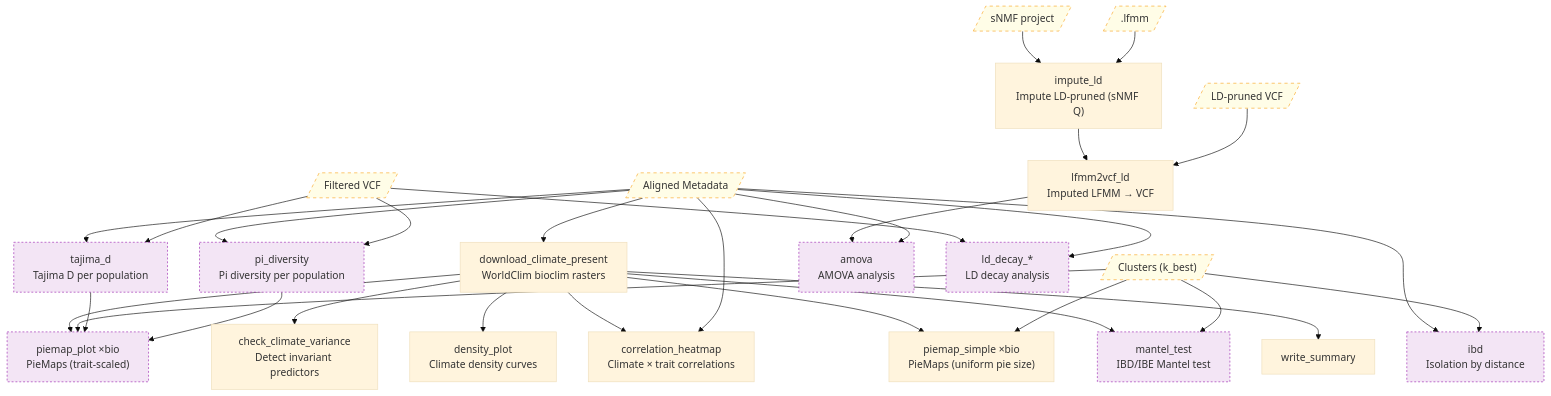
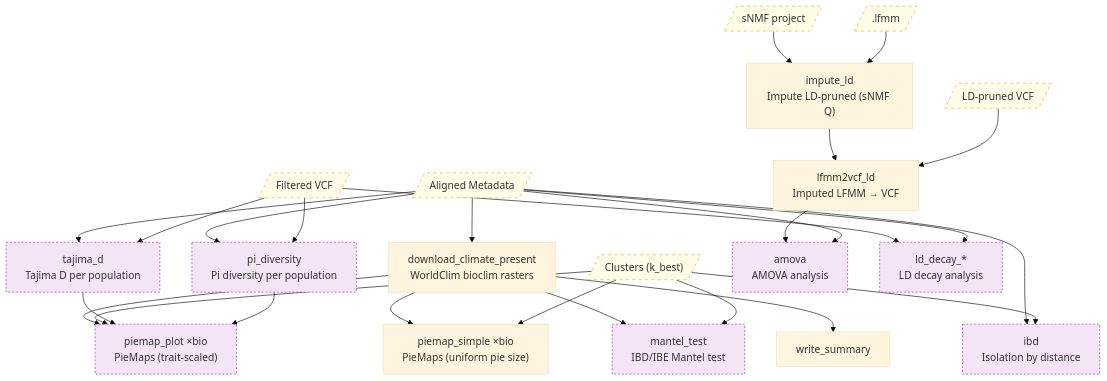
The fourth of 10 diagrams in README.md (hubner-lab/ADAPTOGENE), drawn with Mermaid (base theme) before and after one commit. The commit also changed other lines of this file and 31 other files, not shown here.

````diff
--- a/README.md
+++ b/README.md
@@ -195,42 +222,39 @@
 ```mermaid
 flowchart TB
     classDef data fill:#FFFDE7,stroke:#F9A825,color:#333,stroke-dasharray:5 5
     classDef optional fill:#F3E5F5,stroke:#9C27B0,color:#333,stroke-dasharray:3 3
 
     SNMF[/"sNMF project"/]:::data
     LFMM[/".lfmm"/]:::data
     VCF_LD[/"LD-pruned VCF"/]:::data
     VCF_FILT[/"Filtered VCF"/]:::data
     META[/"Aligned Metadata"/]:::data
     CLUST[/"Clusters (k_best)"/]:::data
 
     impute_ld["impute_ld\nImpute LD-pruned (sNMF Q)"]
     lfmm2vcf["lfmm2vcf_ld\nImputed LFMM → VCF"]
     dl_climate["download_climate_present\nWorldClim bioclim rasters"]
-    check_variance["check_climate_variance\nDetect invariant predictors"]
-    density["density_plot\nClimate density curves"]
-    corr_heat["correlation_heatmap\nClimate × trait correlations"]
     piemap_s["piemap_simple ×bio\nPieMaps (uniform pie size)"]
 
     tajima["tajima_d\nTajima D per population"]:::optional
     pi_div["pi_diversity\nPi diversity per population"]:::optional
     ibd_rule["ibd\nIsolation by distance"]:::optional
     mantel["mantel_test\nIBD/IBE Mantel test"]:::optional
     amova_rule["amova\nAMOVA analysis"]:::optional
     piemap_t["piemap_plot ×bio\nPieMaps (trait-scaled)"]:::optional
     ld_decay["ld_decay_*\nLD decay analysis"]:::optional
     summary["write_summary"]
 
     SNMF --> impute_ld
     LFMM --> impute_ld
     impute_ld --> lfmm2vcf
     VCF_LD --> lfmm2vcf
     META --> dl_climate
-    dl_climate --> check_variance & density & corr_heat & piemap_s & piemap_t & mantel & summary
-    META --> corr_heat & tajima & pi_div & ibd_rule
+    dl_climate --> piemap_s & piemap_t & mantel & summary
+    META --> tajima & pi_div & ibd_rule
     CLUST --> piemap_s & piemap_t & ibd_rule & mantel
     VCF_FILT --> tajima & pi_div & ld_decay
     tajima & pi_div --> piemap_t
     lfmm2vcf --> amova_rule
     META --> amova_rule & ld_decay
 ```
````
